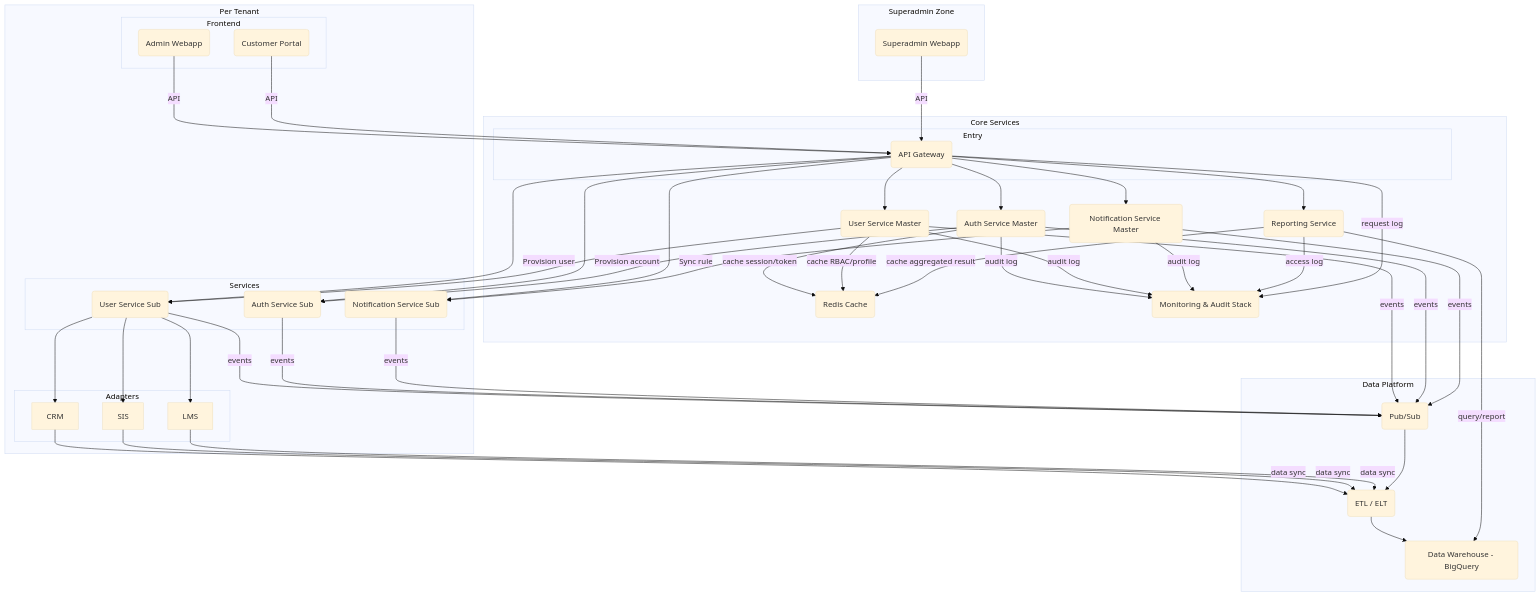
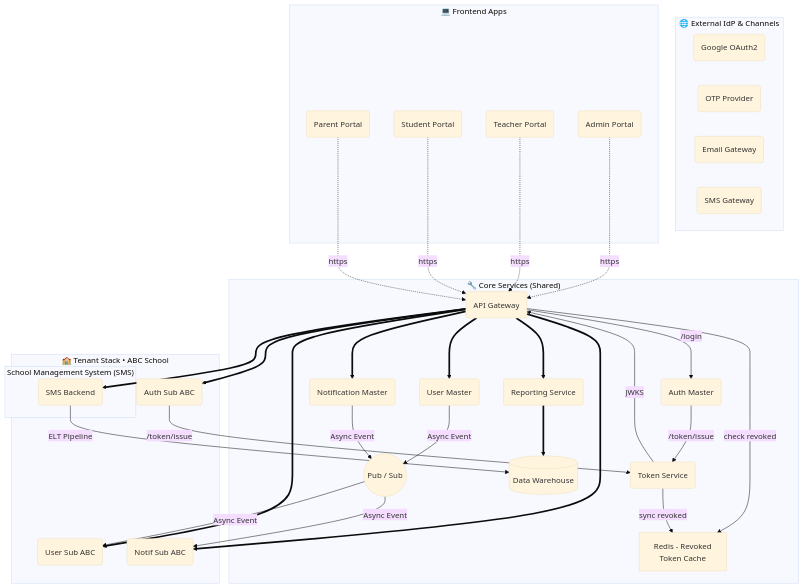
Before and after one commit to ezdesign-vn/dx-vas: the first of 6 diagrams in docs/README.md, drawn with Mermaid (base theme). The commit also changed other lines of this file and 9 other files, not shown here.

````diff
--- a/docs/README.md
+++ b/docs/README.md
@@ -671,103 +49,80 @@
 ```mermaid
+%% =====================  GROUPS  =====================
 flowchart TD
-  %% SUPERADMIN
-  subgraph SuperadminZone [Superadmin Zone]
-    SuperadminWebapp(Superadmin Webapp)
+  %% External channels
+  subgraph ext ["🌐 External IdP & Channels"]
+    GoogleOAuth(Google OAuth2)
+    OTPProv(OTP Provider)
+    EmailSvc(Email Gateway)
+    SMSSvc(SMS Gateway)
   end
 
-  %% TENANT ZONE
-  subgraph Tenant [Per Tenant]
-    subgraph Frontend
-      AdminWebapp(Admin Webapp)
-      CustomerPortal(Customer Portal)
-    end
-
-    subgraph TenantInfra [Services]
-      UserSub(User Service Sub)
-      AuthSub(Auth Service Sub)
-      NotificationSub(Notification Service Sub)
-    end
-
-    subgraph ExternalAdapters [Adapters]
-      CRM
-      SIS
-      LMS
-    end
+  %% Front-end apps
+  subgraph fe ["💻 Frontend Apps"]
+    AdminPortal(Admin Portal)
+    TeacherPortal(Teacher Portal)
+    StudentPortal(Student Portal)
+    ParentPortal(Parent Portal)
   end
 
-  %% CORE SERVICES
-  subgraph CoreServices [Core Services]
-    subgraph Entry
-      %% API GATEWAY
-      APIGateway(API Gateway)
-    end
-    UserMaster(User Service Master)
-    AuthMaster(Auth Service Master)
-    NotificationMaster(Notification Service Master)
-    ReportingService(Reporting Service)
-    RedisCache(Redis Cache)
-    MonitoringStack(Monitoring & Audit Stack)
+  %% Core services (shared)
+  subgraph core ["🔧 Core Services (Shared)"]
+    APIGW(API Gateway)
+    TokenSvc(Token Service)
+    AuthM(Auth Master)
+    UserM(User Master)
+    NotifM(Notification Master)
+    ReportSvc(Reporting Service)
+    R[Redis - Revoked<br/>Token Cache]
+    PubSub((Pub / Sub))
+    DataWH[(Data Warehouse)]
   end
 
-  %% DATA PLATFORM
-  subgraph DataInfra [Data Platform]
-    PubSub(Pub/Sub)
-    ETL(ETL / ELT)
-    DataWarehouse(Data Warehouse - BigQuery)
+  %% Tenant stack – ví dụ
+  subgraph tenant1 ["🏫 Tenant Stack • ABC School"]
+    subgraph smsgrp ["School Management System (SMS)"]
+      SMS(SMS Backend)
+    end
+    AuthSub(Auth Sub ABC)
+    UserSub(User Sub ABC)
+    NotifSub(Notif Sub ABC)
   end
 
-  %% FLOW: SUPERADMIN & GATEWAY
-  SuperadminWebapp -->|API| APIGateway
-  AdminWebapp -->|API| APIGateway
-  CustomerPortal -->|API| APIGateway
+%% =====================  FLOWS  =====================
+  %% 1) Public HTTPS calls
+  AdminPortal -. https .-> APIGW
+  TeacherPortal -. https .-> APIGW
+  StudentPortal -. https .-> APIGW
+  ParentPortal  -. https .-> APIGW
 
-  %% FLOW: API TO CORE
-  APIGateway --> UserMaster
-  APIGateway --> AuthMaster
-  APIGateway --> NotificationMaster
-  APIGateway --> ReportingService
+  %% 2) Auth & Token (synchronous)
+  APIGW -->|/login| AuthM
+  AuthM  -->|/token/issue| TokenSvc
+  AuthSub -->|/token/issue| TokenSvc
+  TokenSvc -- JWKS --> APIGW
 
-  %% FLOW: API TO TENANT SUB SERVICES
-  APIGateway --> UserSub
-  APIGateway --> AuthSub
-  APIGateway --> NotificationSub
+  %% 3) Revoked-token path
+  APIGW -->|check revoked| R
+  TokenSvc -->|sync revoked| R
 
-  %% FLOW: SYNC MASTER -> SUB
-  UserMaster -->|Provision user| UserSub
-  AuthMaster -->|Provision account| AuthSub
-  NotificationMaster -->|Sync rule| NotificationSub
+  %% 4) Core routing (sync API)
+  APIGW ==> UserM
+  APIGW ==> NotifM
+  APIGW ==> ReportSvc
 
-  %% FLOW: TENANT SERVICE TO ADAPTERS (Operational APIs)
-  UserSub --> CRM
-  UserSub --> SIS
-  UserSub --> LMS
+  %% 5) Tenant routing (sync API)
+  APIGW ==> AuthSub
+  APIGW ==> UserSub
+  APIGW ==> NotifSub
+  APIGW ==> SMS
 
-  %% FLOW: ANALYTICS PIPELINES (into DW)
-  CRM -->|data sync| ETL
-  SIS -->|data sync| ETL
-  LMS -->|data sync| ETL
+  %% 6) Master → Sub data sync (async Pub/Sub)
+  UserM -- "Async Event" --> PubSub
+  NotifM -- "Async Event" --> PubSub
+  PubSub -- "Async Event" --> UserSub
+  PubSub -- "Async Event" --> NotifSub
 
-  UserSub -->|events| PubSub
-  AuthSub -->|events| PubSub
-  NotificationSub -->|events| PubSub
-
-  UserMaster -->|events| PubSub
-  AuthMaster -->|events| PubSub
-  NotificationMaster -->|events| PubSub
-
-  PubSub --> ETL
-  ETL --> DataWarehouse
-  ReportingService -->|query/report| DataWarehouse
-
-  %% Redis Cache Flow
-  AuthMaster -->|cache session/token| RedisCache
-  UserMaster -->|cache RBAC/profile| RedisCache
-  ReportingService -->|cache aggregated result| RedisCache
-
-  %% Monitoring & Audit Flow
-  AuthMaster -->|audit log| MonitoringStack
-  UserMaster -->|audit log| MonitoringStack
-  NotificationMaster -->|audit log| MonitoringStack
-  ReportingService -->|access log| MonitoringStack
-  APIGateway -->|request log| MonitoringStack
+  %% 7) ELT pipeline
+  SMS -- "ELT Pipeline" --> DataWH
+  ReportSvc ==> DataWH
 ```
````
